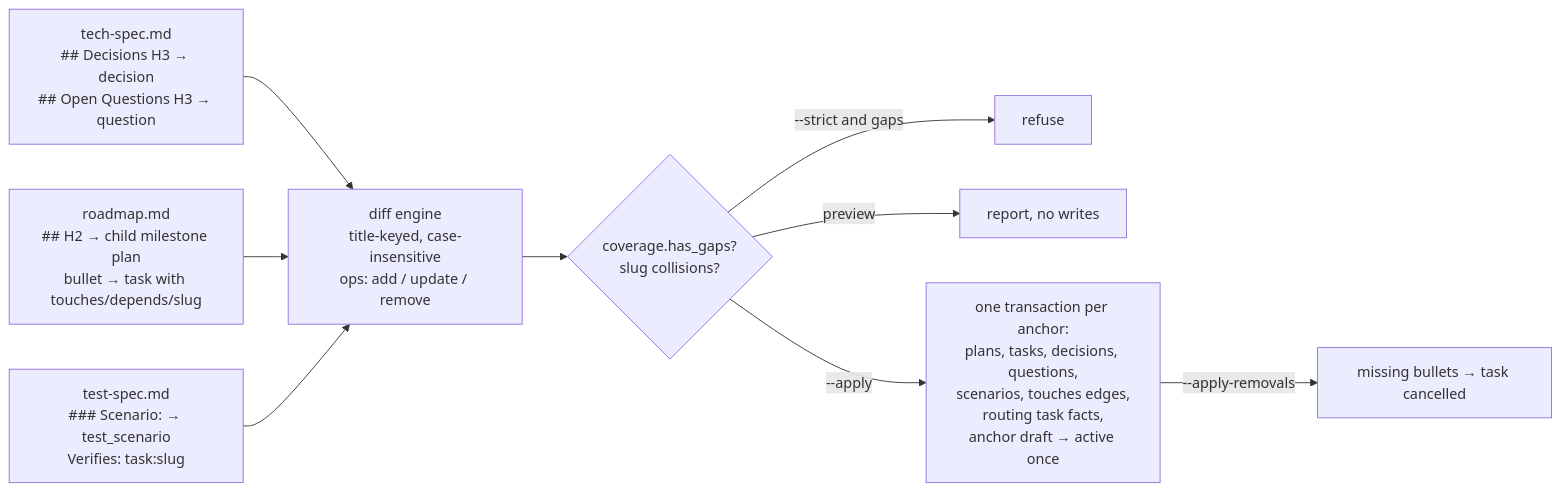
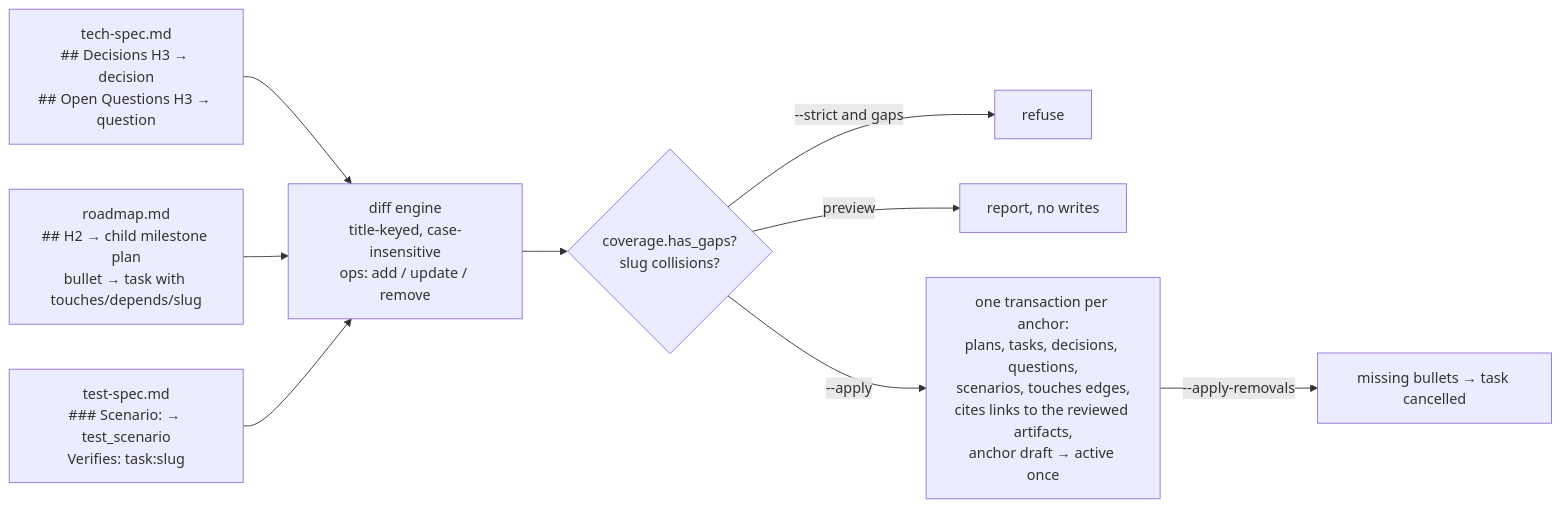
Diagram 18 of 25 in docs/lifecycles.md (rdrsss/planar), drawn with Mermaid before and after one commit. The commit also changed other lines of this file and 29 other files, not shown here.

First line of the commit message:
Cite through task references and drop routing facts from the packet

````diff
--- a/docs/lifecycles.md
+++ b/docs/lifecycles.md
@@ -603,11 +603,11 @@
 ```mermaid
 flowchart LR
     T[tech-spec.md<br/>## Decisions H3 → decision<br/>## Open Questions H3 → question] --> D
     R[roadmap.md<br/>## H2 → child milestone plan<br/>bullet → task with touches/depends/slug] --> D
     S[test-spec.md<br/>### Scenario: → test_scenario<br/>Verifies: task:slug] --> D
     D[diff engine<br/>title-keyed, case-insensitive<br/>ops: add / update / remove] --> C{coverage.has_gaps?<br/>slug collisions?}
     C -->|--strict and gaps| REF[refuse]
     C -->|preview| OUT[report, no writes]
-    C -->|--apply| TX[one transaction per anchor:<br/>plans, tasks, decisions, questions,<br/>scenarios, touches edges,<br/>routing task facts,<br/>anchor draft → active once]
+    C -->|--apply| TX[one transaction per anchor:<br/>plans, tasks, decisions, questions,<br/>scenarios, touches edges,<br/>cites links to the reviewed artifacts,<br/>anchor draft → active once]
     TX -->|--apply-removals| RM[missing bullets → task cancelled]
 ```
````
